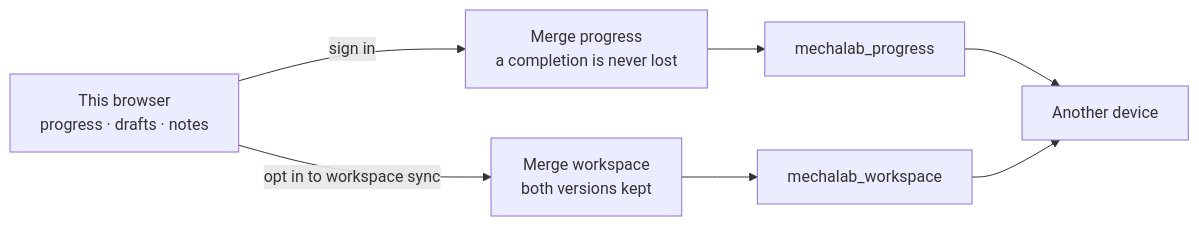
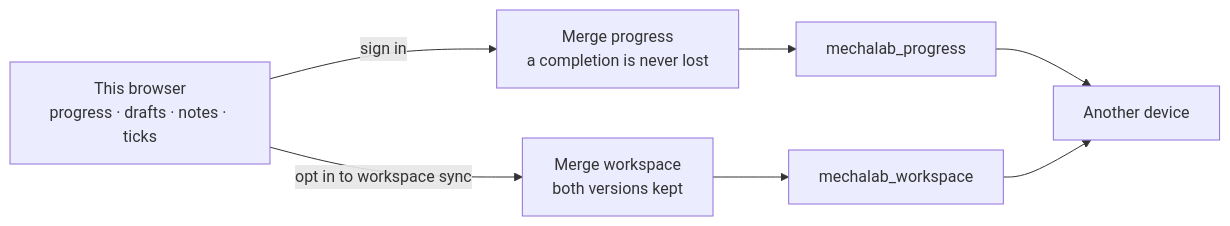
Before and after one commit to TLE47/Mechatronics-Roadmap: the diagram in docs/ACCOUNTS.md, drawn with Mermaid. The commit also changed other lines of this file and 21 other files, not shown here.

````diff
--- a/docs/ACCOUNTS.md
+++ b/docs/ACCOUNTS.md
@@ -14,9 +14,9 @@
 ```mermaid
 flowchart LR
-    A["This browser<br/>progress · drafts · notes"] -->|"sign in"| B["Merge progress<br/>a completion is never lost"]
+    A["This browser<br/>progress · drafts · notes · ticks"] -->|"sign in"| B["Merge progress<br/>a completion is never lost"]
     B --> C["mechalab_progress"]
     A -->|"opt in to workspace sync"| D["Merge workspace<br/>both versions kept"]
     D --> E["mechalab_workspace"]
     C --> F["Another device"]
     E --> F
 ```
````
